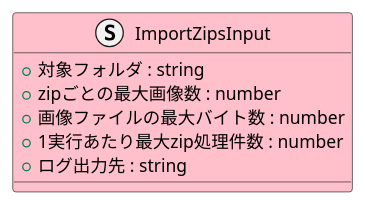
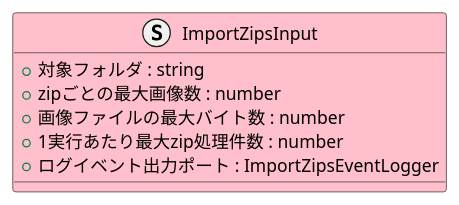
Before and after one commit to hachimitu22/MangaViewer: the first of 2 diagrams in doc/4_application/media/command/ImportZipsService/readme.md, drawn with PlantUML. The commit also changed other lines of this file and 1 other file, not shown here.

First line of the commit message:
docs: ImportZipsServiceの依存と実行結果責務の境界を明確化する

````diff
--- a/doc/4_application/media/command/ImportZipsService/readme.md
+++ b/doc/4_application/media/command/ImportZipsService/readme.md
@@ -18,11 +18,11 @@
 ```plantuml
 left to right direction
 
 struct ImportZipsInput #pink {
     + 対象フォルダ : string
     + zipごとの最大画像数 : number
     + 画像ファイルの最大バイト数 : number
     + 1実行あたり最大zip処理件数 : number
-    + ログ出力先 : string
+    + ログイベント出力ポート : ImportZipsEventLogger
 }
 ```
````
